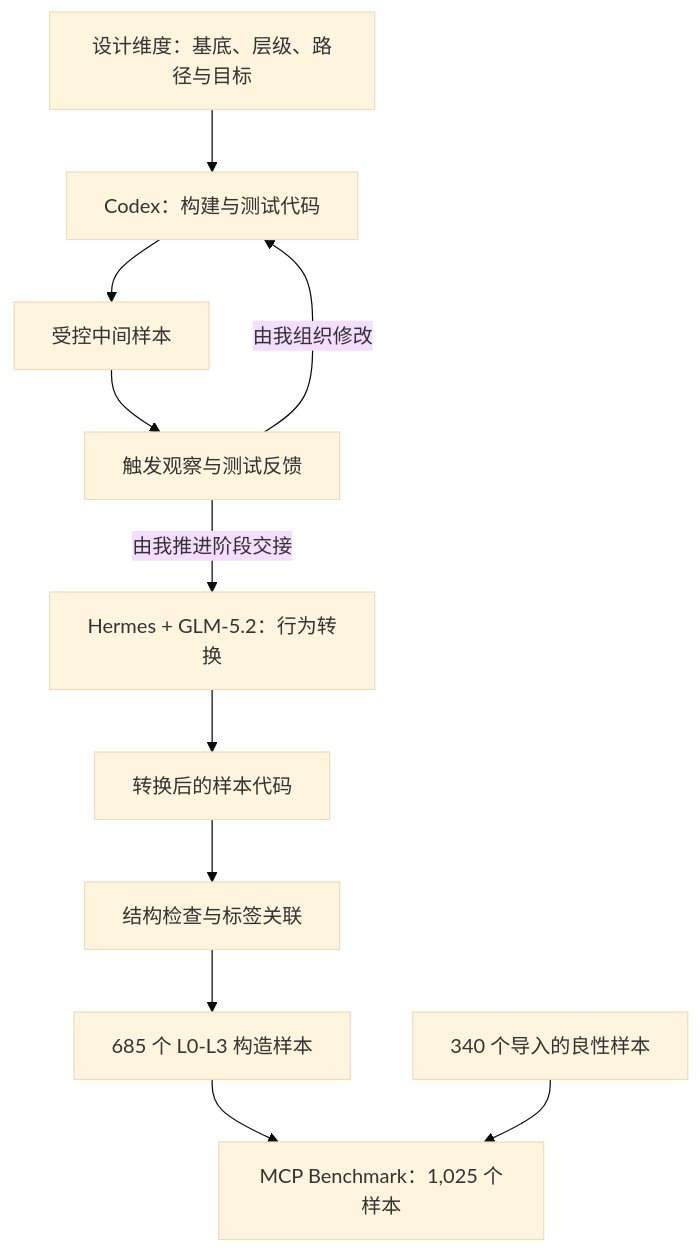
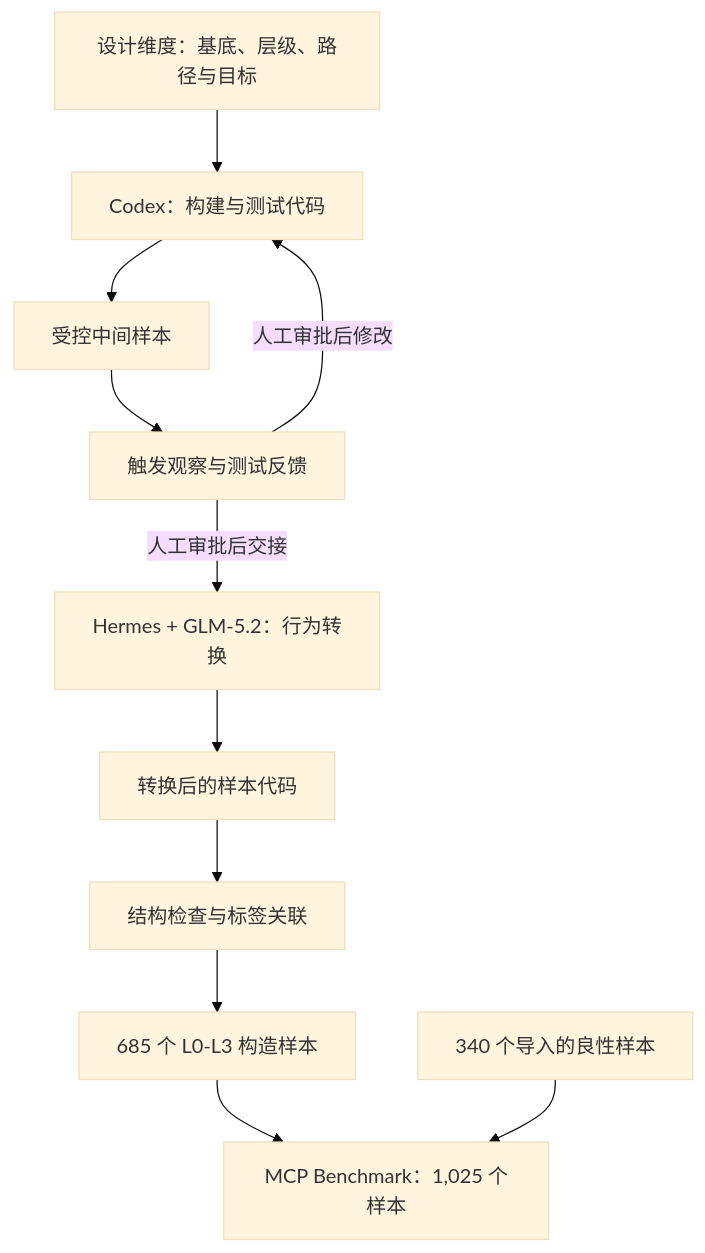
One commit to yongqicui555/mcp_benchmark_1.0 changed the diagram in README.zh-CN.md. Above: the diagram before and after it, drawn with Mermaid (base theme). The commit also changed other lines of this file and 11 other files, not shown here.

````diff
--- a/README.zh-CN.md
+++ b/README.zh-CN.md
@@ -35,13 +37,13 @@
 ```mermaid
 flowchart TD
     A[设计维度：基底、层级、路径与目标] --> B[Codex：构建与测试代码]
     B --> C[受控中间样本]
     C --> D[触发观察与测试反馈]
-    D -->|由我组织修改| B
-    D -->|由我推进阶段交接| E[Hermes + GLM-5.2：行为转换]
+    D -->|人工审批后修改| B
+    D -->|人工审批后交接| E[Hermes + GLM-5.2：行为转换]
     E --> F[转换后的样本代码]
     F --> G[结构检查与标签关联]
     G --> I[685 个 L0-L3 构造样本]
     I --> J[MCP Benchmark：1,025 个样本]
     K[340 个导入的良性样本] --> J
 ```
````
